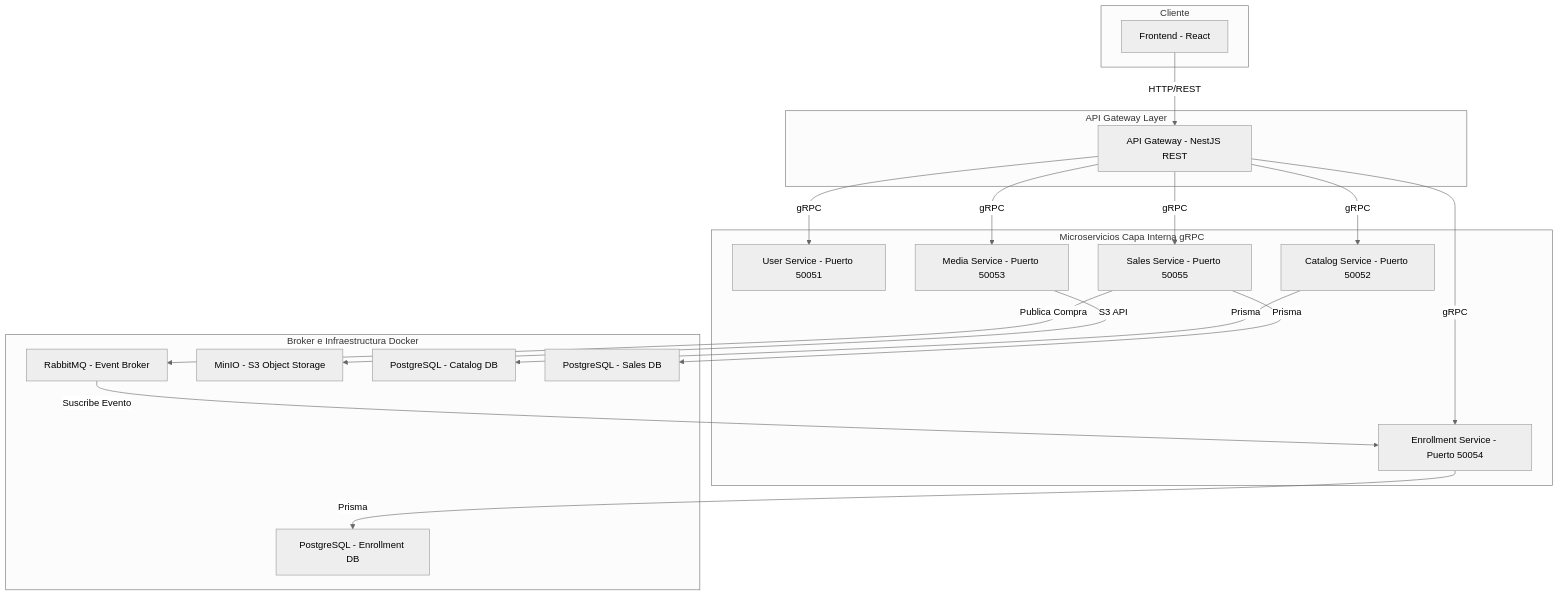
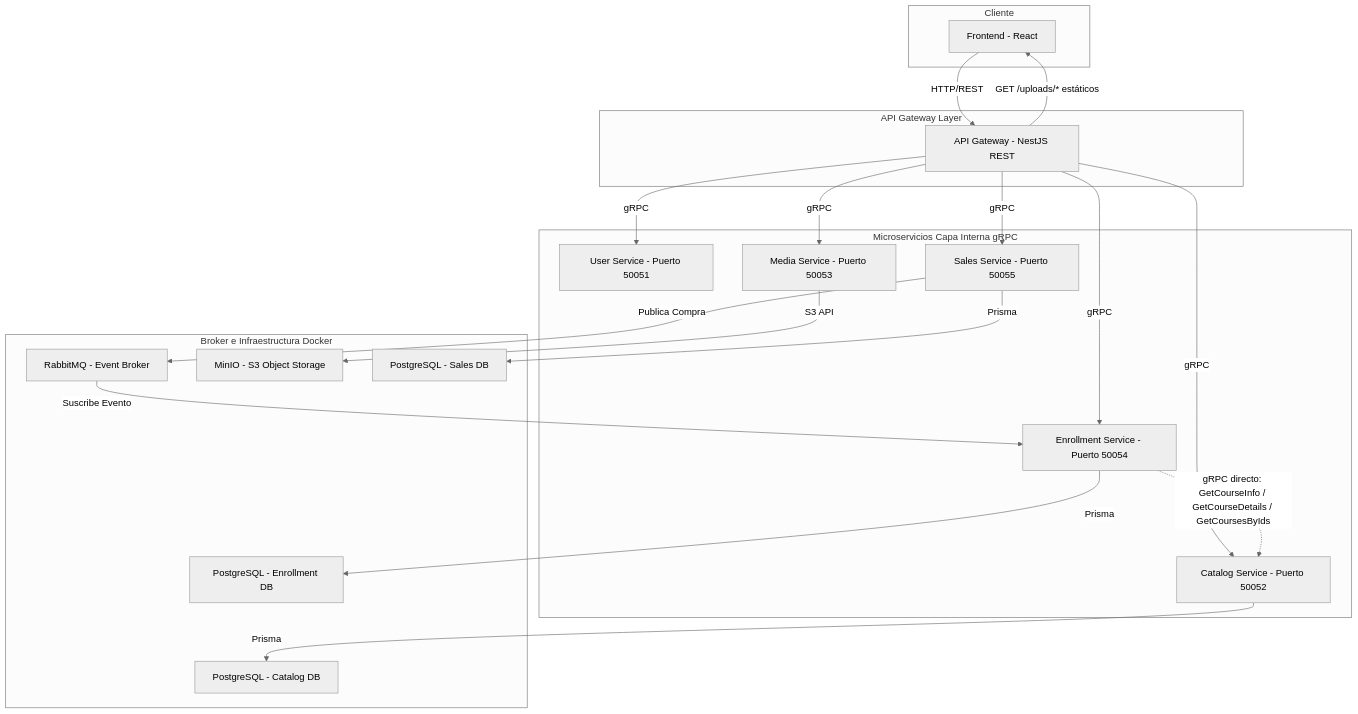
One commit to Pryectomaestria1/maestria-architecture changed the diagram in README.md. Above: the diagram before and after it, drawn with Mermaid (neutral theme). The commit also changed other lines of this file and 1 other file, not shown here.

````diff
--- a/README.md
+++ b/README.md
@@ -16,41 +24,44 @@
 ```mermaid
 graph TD
     subgraph Cliente
         FE[Frontend - React]
     end
 
     subgraph API Gateway Layer
         GW[API Gateway - NestJS REST]
     end
 
     subgraph Microservicios Capa Interna gRPC
         US[User Service - Puerto 50051]
         CS[Catalog Service - Puerto 50052]
         MS[Media Service - Puerto 50053]
         ES[Enrollment Service - Puerto 50054]
         SS[Sales Service - Puerto 50055]
     end
 
     subgraph Broker e Infraestructura Docker
         RMQ[RabbitMQ - Event Broker]
         MIO[MinIO - S3 Object Storage]
         DB_CAT[PostgreSQL - Catalog DB]
         DB_ENR[PostgreSQL - Enrollment DB]
         DB_SAL[PostgreSQL - Sales DB]
     end
 
     FE -->|HTTP/REST| GW
+    GW -->|GET /uploads/* estáticos| FE
     GW -->|gRPC| US
     GW -->|gRPC| CS
     GW -->|gRPC| MS
     GW -->|gRPC| ES
     GW -->|gRPC| SS
 
     CS -->|Prisma| DB_CAT
     ES -->|Prisma| DB_ENR
     SS -->|Prisma| DB_SAL
 
     SS -->|Publica Compra| RMQ
     RMQ -->|Suscribe Evento| ES
     MS -->|S3 API| MIO
+
+    ES -.->|gRPC directo: GetCourseInfo / GetCourseDetails / GetCoursesByIds| CS
 ```
````
